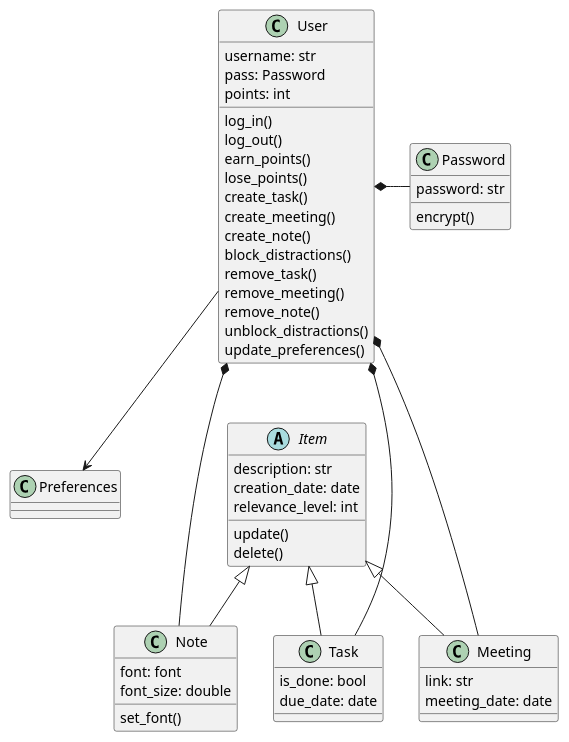
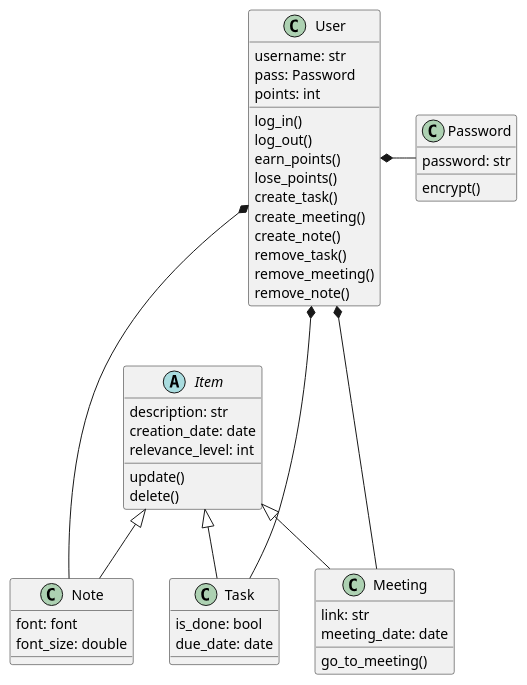
The diagram in Proyecto.puml (ATJaime/AJCalendar), drawn with PlantUML before and after one commit. The commit also changed 1 other file, not shown here.

Commit message:
Actualización de UML

```diff
--- a/Proyecto.puml
+++ b/Proyecto.puml
@@ -1,73 +1,61 @@
 @startuml Proyecto 
 
 class Password{
     password: str
     encrypt()
 }
 
 class User{
     username: str
     pass: Password
     points: int
 
     log_in()
     log_out() 
     earn_points()
     lose_points() 
     create_task()
     create_meeting()
     create_note()
-    block_distractions()
     remove_task()
     remove_meeting()
     remove_note()
-    unblock_distractions()
-    update_preferences()  
 }
 
 abstract class "Item"{
     description: str
     creation_date: date 
     relevance_level: int
 
     update()
     delete()
 }
 
 class Note{
     font: font 
     font_size: double
-    
-    set_font()
 }
 
 class Task{
     is_done: bool
     due_date: date
 }
 
 class Meeting{
     link: str
     meeting_date: date
+    go_to_meeting()
 }
-
-class Preferences{
-
-}
-
 
 
 Item <|-- Task
 Item <|-- Meeting
 Item <|-- Note
 
 User *-- Task
 User *--- Meeting
 User *--- Note
 
 User *- Password
 
-User --> Preferences
-
-
 @enduml
```
